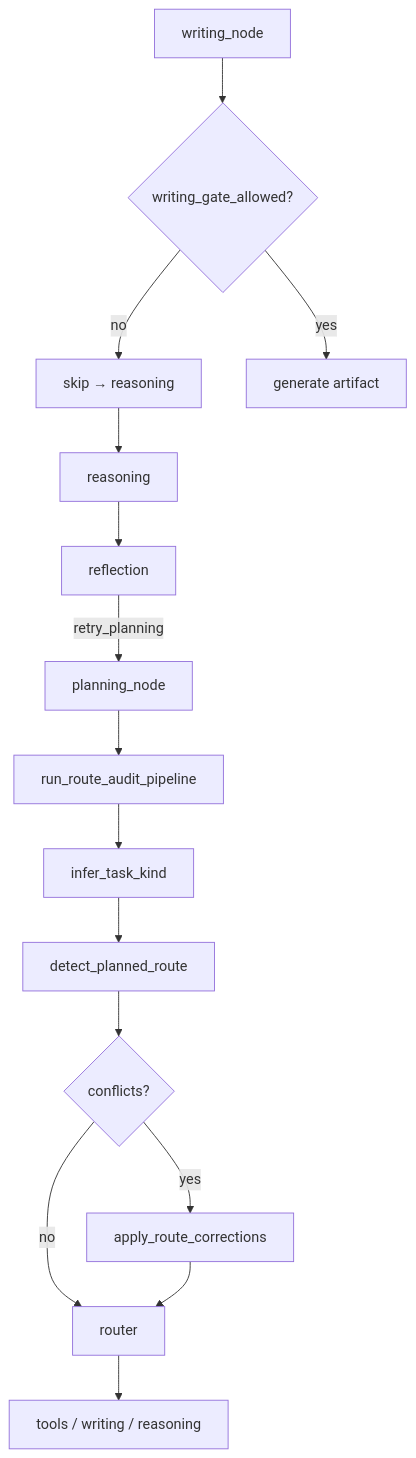
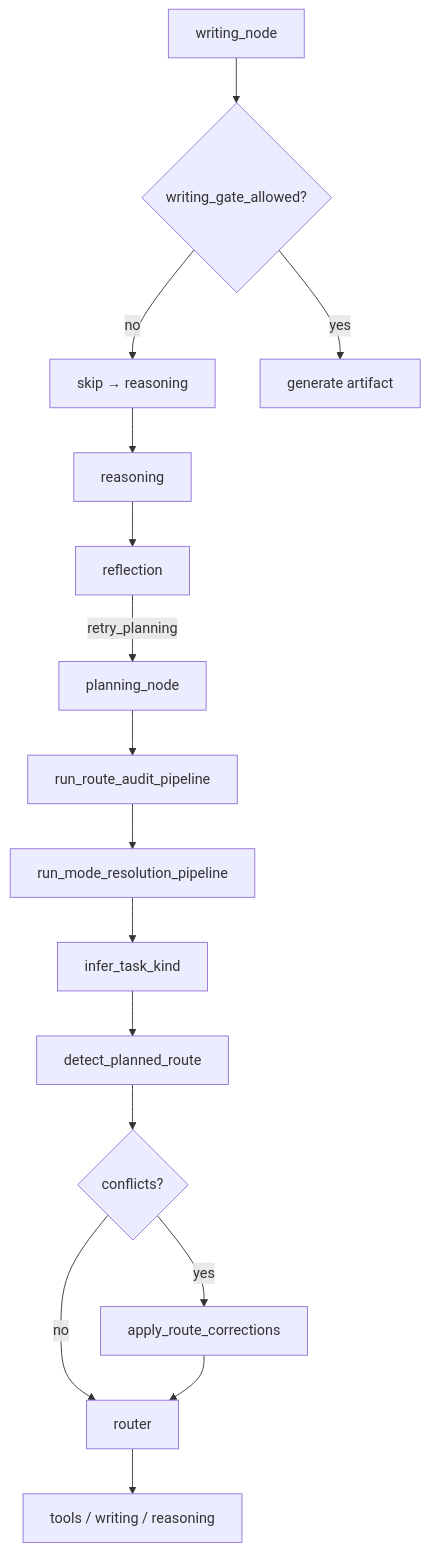
The diagram in docs/ROUTE_AUDIT.md (zodirc/agent-langraph), drawn with Mermaid before and after one commit. The commit also changed other lines of this file and 52 other files, not shown here.

````diff
--- a/docs/ROUTE_AUDIT.md
+++ b/docs/ROUTE_AUDIT.md
@@ -22,17 +31,18 @@
 ```mermaid
 flowchart TD
   P[planning_node] --> A[run_route_audit_pipeline]
-  A --> I[infer_task_kind]
+  A --> M[run_mode_resolution_pipeline]
+  M --> I[infer_task_kind]
   I --> D[detect_planned_route]
   D --> C{conflicts?}
   C -->|yes| X[apply_route_corrections]
   C -->|no| R[router]
   X --> R
   R --> T[tools / writing / reasoning]
   W[writing_node] --> G{writing_gate_allowed?}
   G -->|no| RS[skip → reasoning]
   G -->|yes| WG[generate artifact]
   RS --> RN[reasoning]
   RN --> RF[reflection]
   RF -->|retry_planning| P
 ```
````
